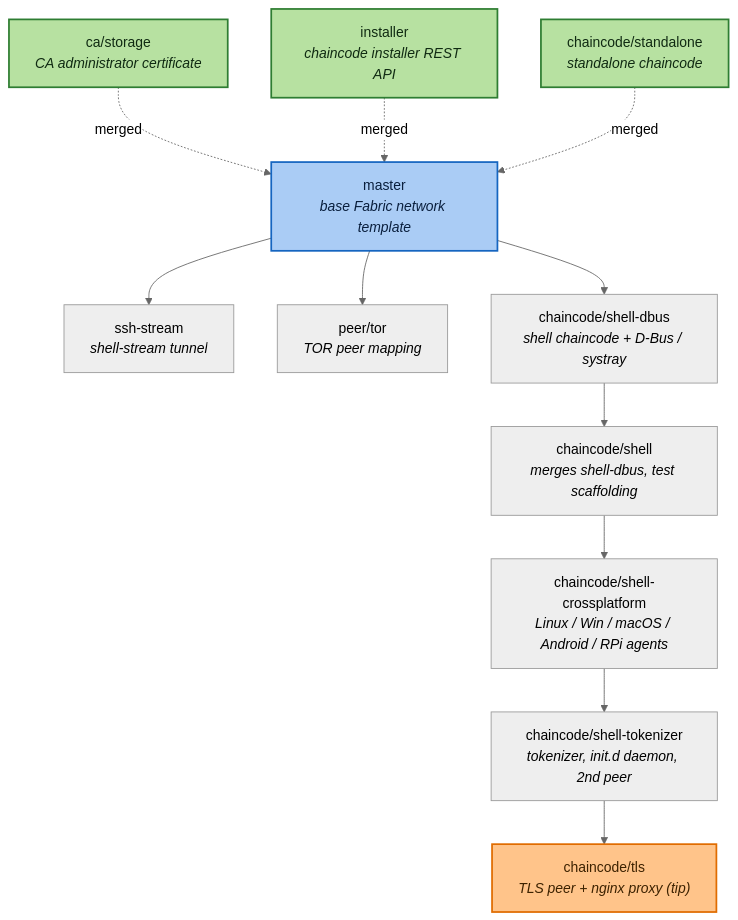
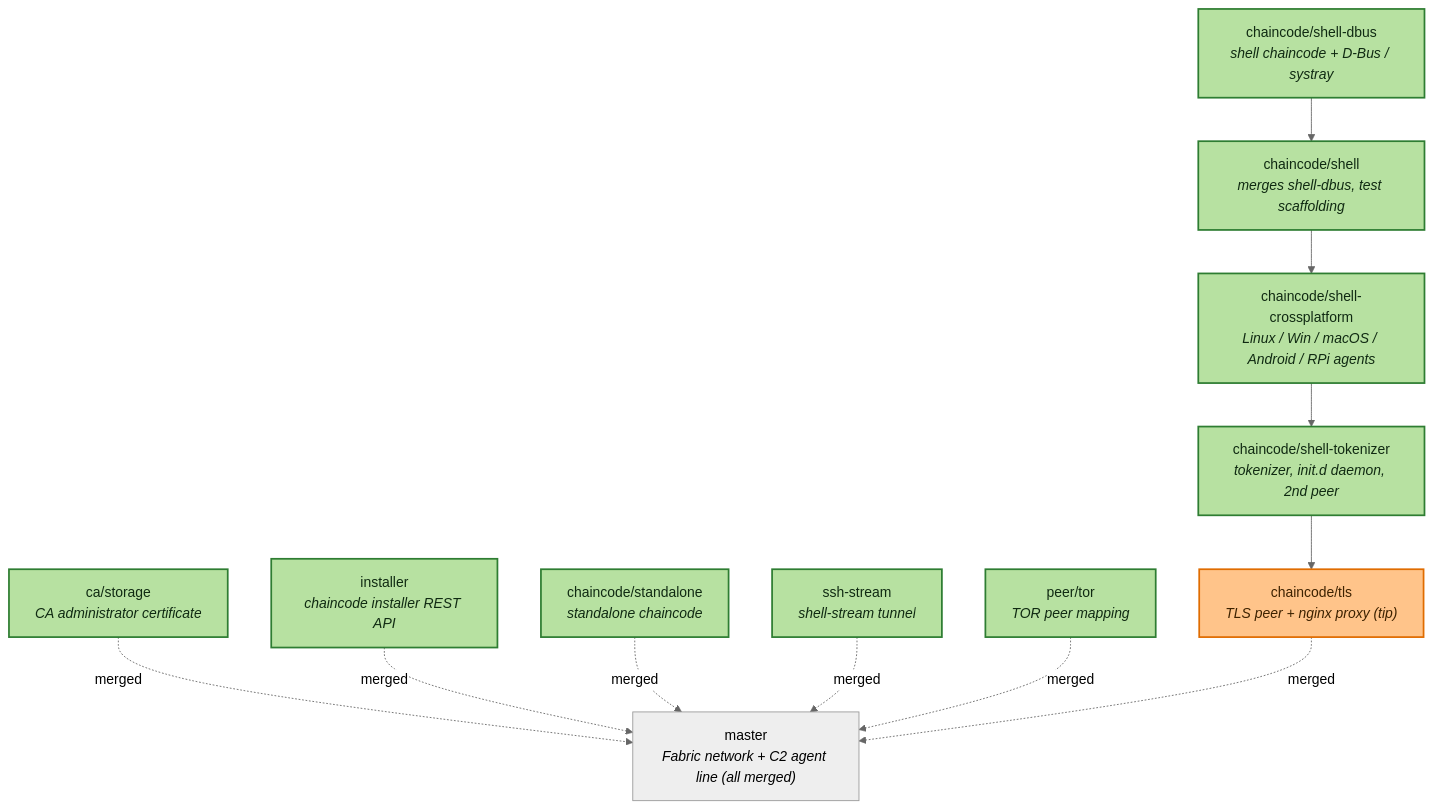
The diagram in documentation/branches.md (andrewmikhailov/hyperledger-fabric-workspace), drawn with Mermaid (neutral theme) before and after one commit. The commit also changed other lines of this file and 11 other files, not shown here.

Commit message:
1. Added unit tests for all chaincodes and wired them into test.sh units.

````diff
--- a/documentation/branches.md
+++ b/documentation/branches.md
@@ -9,29 +9,30 @@
 ```mermaid
 flowchart TD
-    master["master<br/><i>base Fabric network template</i>"]
+    master["master<br/><i>Fabric network + C2 agent line (all merged)</i>"]
 
     %% Merged back into master
     ca["ca/storage<br/><i>CA administrator certificate</i>"]
     installer["installer<br/><i>chaincode installer REST API</i>"]
+    standalone["chaincode/standalone<br/><i>standalone chaincode</i>"]
+    ssh["ssh-stream<br/><i>shell-stream tunnel</i>"]
+    tor["peer/tor<br/><i>TOR peer mapping</i>"]
     ca -. merged .-> master
     installer -. merged .-> master
+    standalone -. merged .-> master
+    ssh -. merged .-> master
+    tor -. merged .-> master
 
-    %% Side explorations off master
-    standalone["chaincode/standalone<br/><i>standalone chaincode</i>"] -. merged .-> master
-    master --> ssh["ssh-stream<br/><i>shell-stream tunnel</i>"]
-    master --> tor["peer/tor<br/><i>TOR peer mapping</i>"]
-
-    %% Shell agent mainline
-    master --> dbus["chaincode/shell-dbus<br/><i>shell chaincode + D-Bus / systray</i>"]
-    dbus --> shell["chaincode/shell<br/><i>merges shell-dbus, test scaffolding</i>"]
-    shell --> cross["chaincode/shell-crossplatform<br/><i>Linux / Win / macOS / Android / RPi agents</i>"]
-    cross --> tok["chaincode/shell-tokenizer<br/><i>tokenizer, init.d daemon, 2nd peer</i>"]
-    tok --> tls["chaincode/tls<br/><i>TLS peer + nginx proxy (tip)</i>"]
+    %% Shell agent mainline, also merged
+    dbus["chaincode/shell-dbus<br/><i>shell chaincode + D-Bus / systray</i>"]
+    shell["chaincode/shell<br/><i>merges shell-dbus, test scaffolding</i>"]
+    cross["chaincode/shell-crossplatform<br/><i>Linux / Win / macOS / Android / RPi agents</i>"]
+    tok["chaincode/shell-tokenizer<br/><i>tokenizer, init.d daemon, 2nd peer</i>"]
+    tls["chaincode/tls<br/><i>TLS peer + nginx proxy (tip)</i>"]
+    dbus --> shell --> cross --> tok --> tls
+    tls -. merged .-> master
 
     classDef merged fill:#b7e1a1,stroke:#2e7d32,stroke-width:2px,color:#102a12;
-    classDef base fill:#aaccf5,stroke:#1565c0,stroke-width:2px,color:#0a1f3d;
     classDef tip fill:#ffc48a,stroke:#e06c00,stroke-width:2px,color:#3d2200;
-    class ca,installer,standalone merged;
-    class master base;
+    class ca,installer,standalone,ssh,tor,dbus,shell,cross,tok merged;
     class tls tip;
 ```
````
